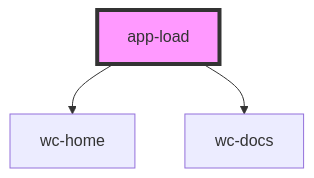
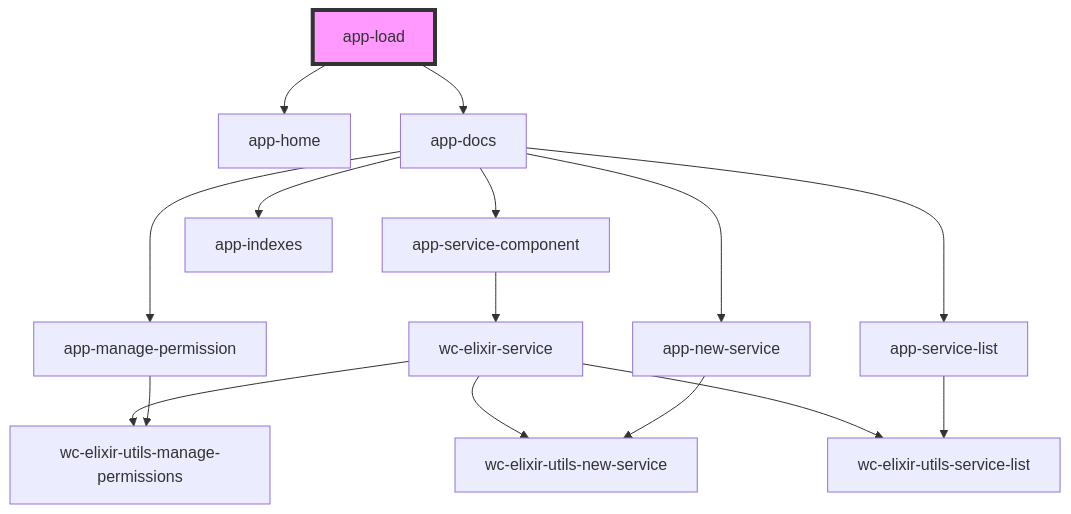
The diagram in src/components/app-load/readme.md (elixir-cloud-aai/web-components), drawn with Mermaid before and after one commit. The commit also changed other lines of this file and 14 other files, not shown here.

````diff
--- a/src/components/app-load/readme.md
+++ b/src/components/app-load/readme.md
@@ -16,6 +16,18 @@
 ```mermaid
 graph TD;
-  app-load --> wc-home
-  app-load --> wc-docs
+  app-load --> app-home
+  app-load --> app-docs
+  app-docs --> app-service-component
+  app-docs --> app-service-list
+  app-docs --> app-manage-permission
+  app-docs --> app-new-service
+  app-docs --> app-indexes
+  app-service-component --> wc-elixir-service
+  wc-elixir-service --> wc-elixir-utils-manage-permissions
+  wc-elixir-service --> wc-elixir-utils-new-service
+  wc-elixir-service --> wc-elixir-utils-service-list
+  app-service-list --> wc-elixir-utils-service-list
+  app-manage-permission --> wc-elixir-utils-manage-permissions
+  app-new-service --> wc-elixir-utils-new-service
   style app-load fill:#f9f,stroke:#333,stroke-width:4px
 ```
````
